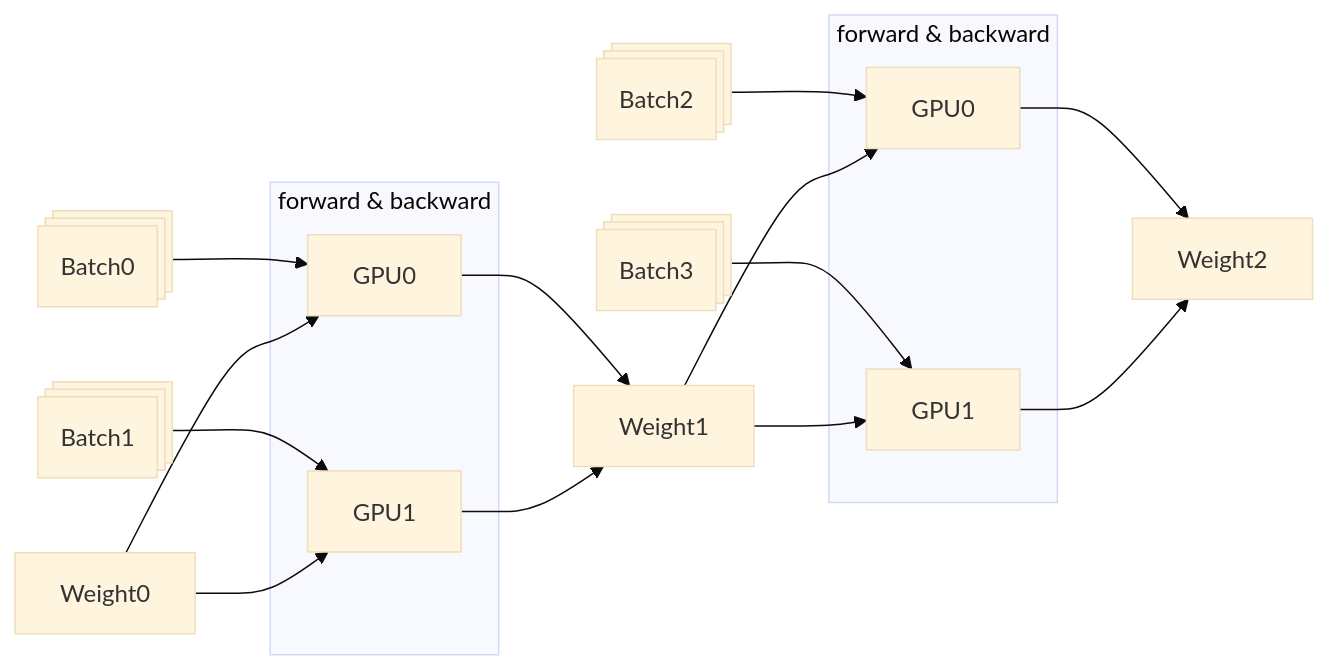
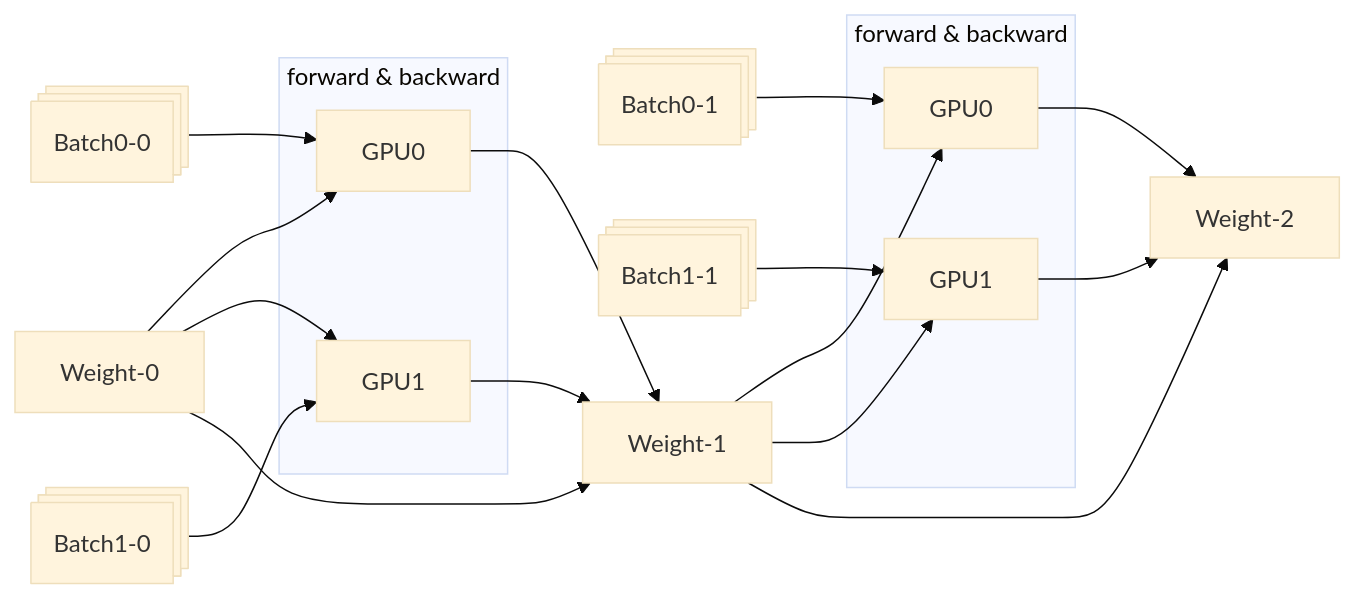
The first of 2 diagrams in docs/mlops/nn/large-model/parallelism.mdx (hhk7734/wiki), drawn with Mermaid (base theme) before and after one commit. The commit also changed other lines of this file and 1 other file, not shown here.

````diff
--- a/docs/mlops/nn/large-model/parallelism.mdx
+++ b/docs/mlops/nn/large-model/parallelism.mdx
@@ -16,35 +16,37 @@
 ```mermaid
 graph LR
-  batch0@{ shape: procs, label: Batch0 }
-  batch1@{ shape: procs, label: Batch1 }
-  batch2@{ shape: procs, label: Batch2 }
-  batch3@{ shape: procs, label: Batch3 }
+  batch0-0@{ shape: procs, label: Batch0-0 }
+  batch1-0@{ shape: procs, label: Batch1-0 }
+  batch0-1@{ shape: procs, label: Batch0-1 }
+  batch1-1@{ shape: procs, label: Batch1-1 }
 
   subgraph calc0[forward & backward]
     gpu0-0[GPU0]
     gpu1-0[GPU1]
   end
 
-  batch0 --> gpu0-0
-  Weight0 --> gpu0-0
+  batch0-0 --> gpu0-0
+  Weight-0 --> gpu0-0
 
-  batch1 --> gpu1-0
-  Weight0 --> gpu1-0
+  batch1-0 --> gpu1-0
+  Weight-0 --> gpu1-0
 
-  gpu0-0 --> Weight1
-  gpu1-0 --> Weight1
+  Weight-0 --> Weight-1
+  gpu0-0 --> Weight-1
+  gpu1-0 --> Weight-1
 
   subgraph calc1[forward & backward]
     gpu0-1[GPU0]
     gpu1-1[GPU1]
   end
 
-  batch2 --> gpu0-1
-  Weight1 --> gpu0-1
+  batch0-1 --> gpu0-1
+  Weight-1 --> gpu0-1
 
-  batch3 --> gpu1-1
-  Weight1 --> gpu1-1
+  batch1-1 --> gpu1-1
+  Weight-1 --> gpu1-1
 
-  gpu0-1 --> Weight2
-  gpu1-1 --> Weight2
+  Weight-1 --> Weight-2
+  gpu0-1 --> Weight-2
+  gpu1-1 --> Weight-2
 ```
````
